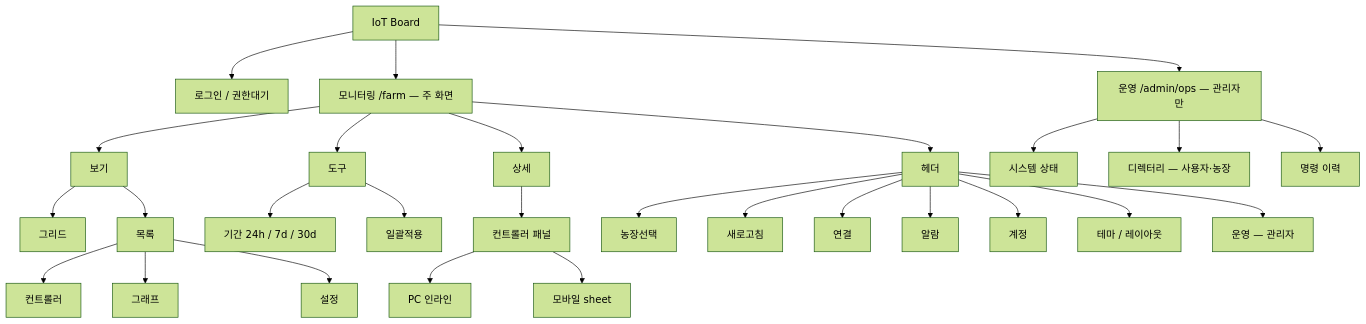
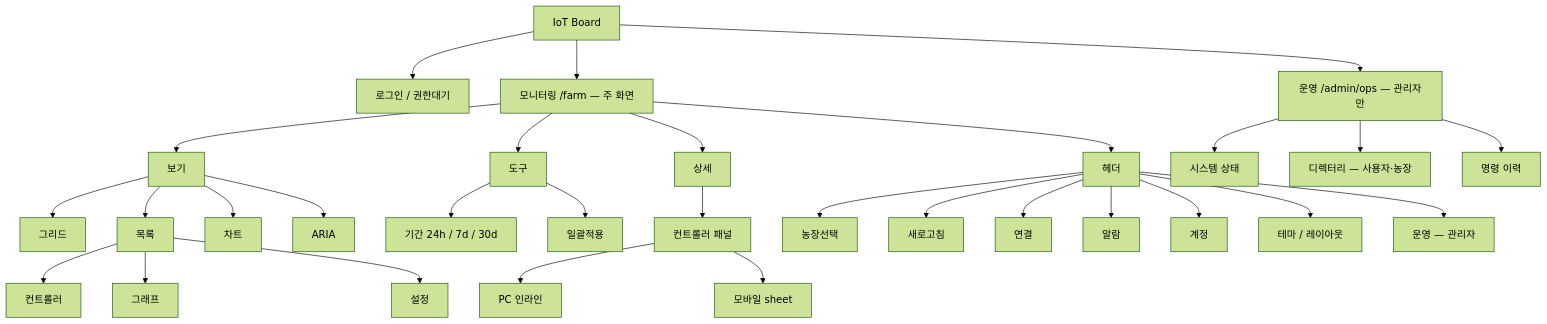
The first of 3 diagrams in web/docs/user-manual/10-메뉴구조도.md (SIJackLee/dashboard), drawn with Mermaid (forest theme) before and after one commit. The commit also changed other lines of this file and 19 other files, not shown here.

````diff
--- a/web/docs/user-manual/10-메뉴구조도.md
+++ b/web/docs/user-manual/10-메뉴구조도.md
@@ -7,40 +22,42 @@
 ```mermaid
 flowchart TD
   root["IoT Board"]
 
   root --> auth["로그인 / 권한대기"]
   root --> farm["모니터링 /farm — 주 화면"]
   root --> ops["운영 /admin/ops — 관리자만"]
 
   %% 상단 세 꼭짓점: 보기 · 도구 · 상세
   farm --> view["보기"]
   farm --> tools["도구"]
   farm --> detail["상세"]
 
   view --> grid["그리드"]
   view --> list["목록"]
+  view --> chart["차트"]
+  view --> aria["ARIA"]
   list --> modeCtrl["컨트롤러"]
   list --> modeGraph["그래프"]
   list --> modeSet["설정"]
 
   tools --> period["기간 24h / 7d / 30d"]
   tools --> bulk["일괄적용"]
 
   detail --> panel["컨트롤러 패널"]
   panel --> pcInline["PC 인라인"]
   panel --> mobileSheet["모바일 sheet"]
 
   %% 하단 꼭짓점: 헤더 (화살표 farm --> header 동일)
   farm --> header["헤더"]
   header --> hFarm["농장선택"]
   header --> hRefresh["새로고침"]
   header --> hConn["연결"]
   header --> hAlarm["알람"]
   header --> hAccount["계정"]
   header --> hTheme["테마 / 레이아웃"]
   header --> hOps["운영 — 관리자"]
 
   ops --> system["시스템 상태"]
   ops --> directory["디렉터리 — 사용자·농장"]
   ops --> commands["명령 이력"]
 ```
````
